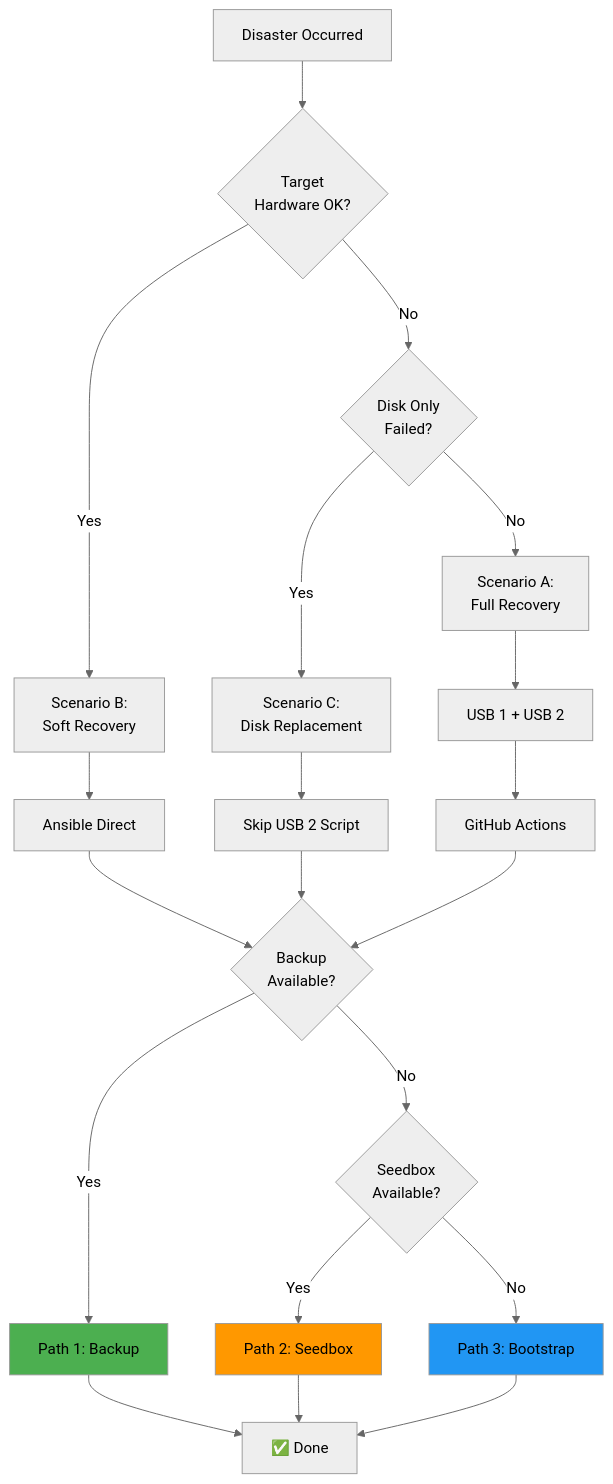
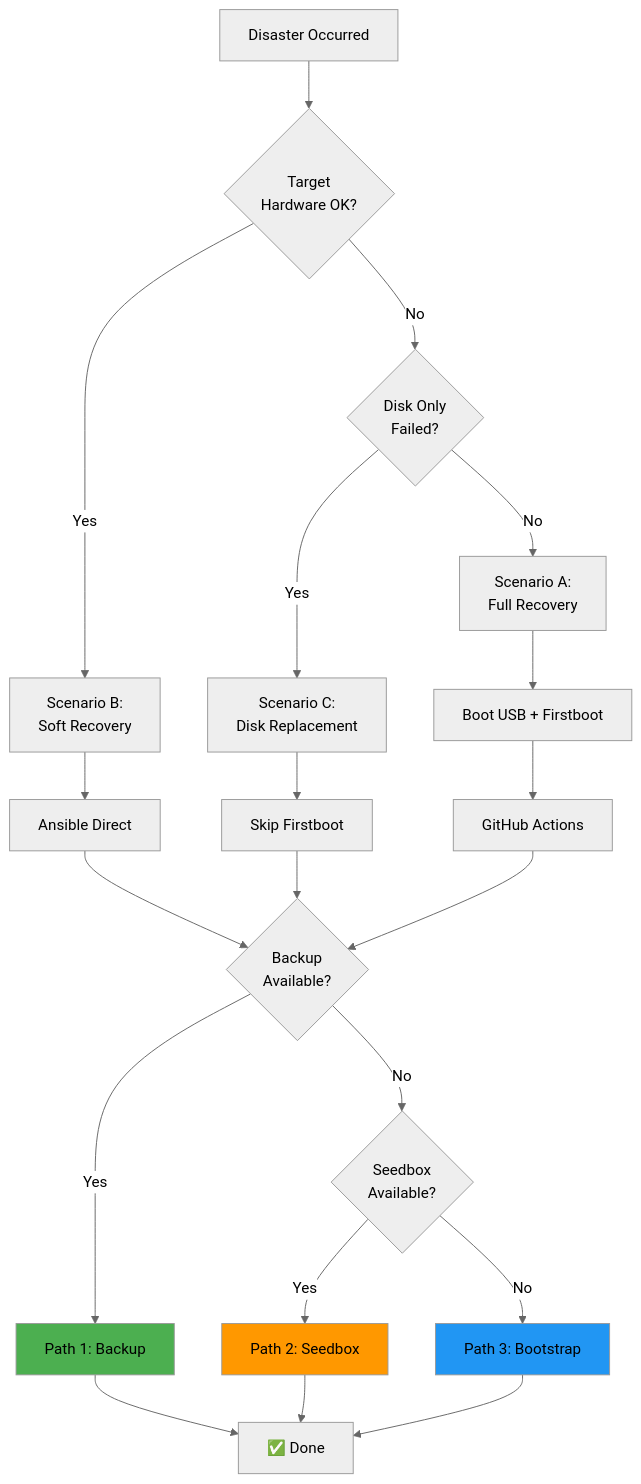
One commit to johantre/homelab-infra changed the fifth of 6 diagrams in DISASTER_RECOVERY.md. Above: the diagram before and after it, drawn with Mermaid (neutral theme). The commit also changed other lines of this file and 4 other files, not shown here.

````diff
--- a/DISASTER_RECOVERY.md
+++ b/DISASTER_RECOVERY.md
@@ -470,34 +460,34 @@
 ```mermaid
 graph TD
     A[Disaster Occurred] --> B{Target<br/>Hardware OK?}
     
     B -->|Yes| C[Scenario B:<br/>Soft Recovery]
     B -->|No| D{Disk Only<br/>Failed?}
     
     D -->|Yes| E[Scenario C:<br/>Disk Replacement]
     D -->|No| F[Scenario A:<br/>Full Recovery]
     
     C --> G[Ansible Direct]
-    E --> H[Skip USB 2 Script]
-    F --> I[USB 1 + USB 2]
+    E --> H[Skip Firstboot]
+    F --> I[Boot USB + Firstboot]
     
     G --> J{Backup<br/>Available?}
     H --> J
     I --> K[GitHub Actions]
     
     K --> J
     
     J -->|Yes| L[Path 1: Backup]
     J -->|No| M{Seedbox<br/>Available?}
     
     M -->|Yes| N[Path 2: Seedbox]
     M -->|No| O[Path 3: Bootstrap]
     
     L --> P[✅ Done]
     N --> P
     O --> P
     
     style L fill:#4caf50
     style N fill:#ff9800
     style O fill:#2196f3
 ```
````
